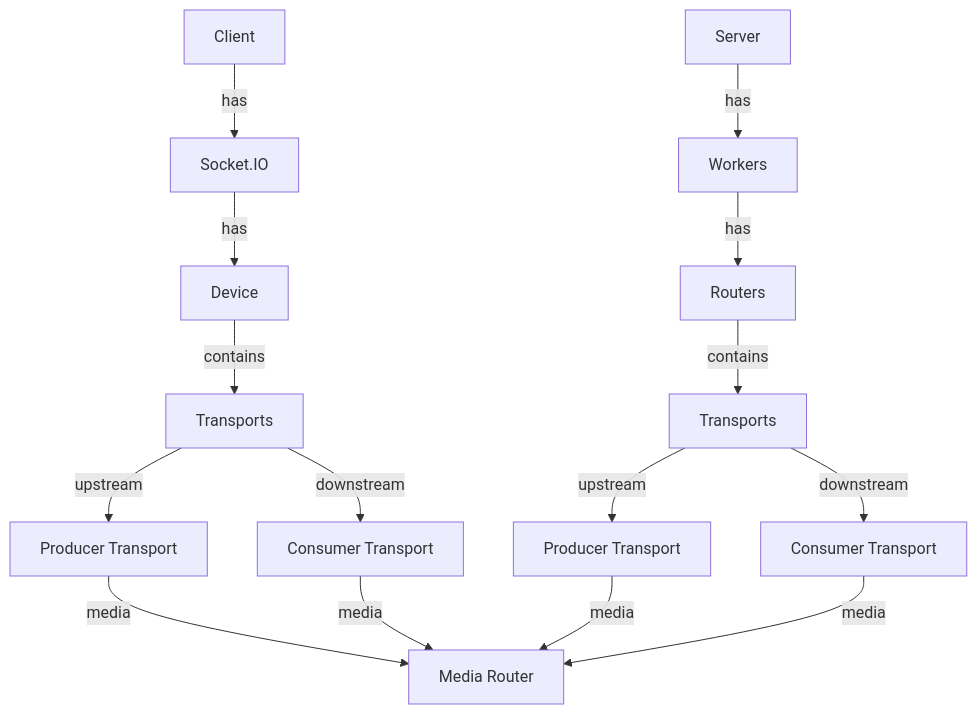
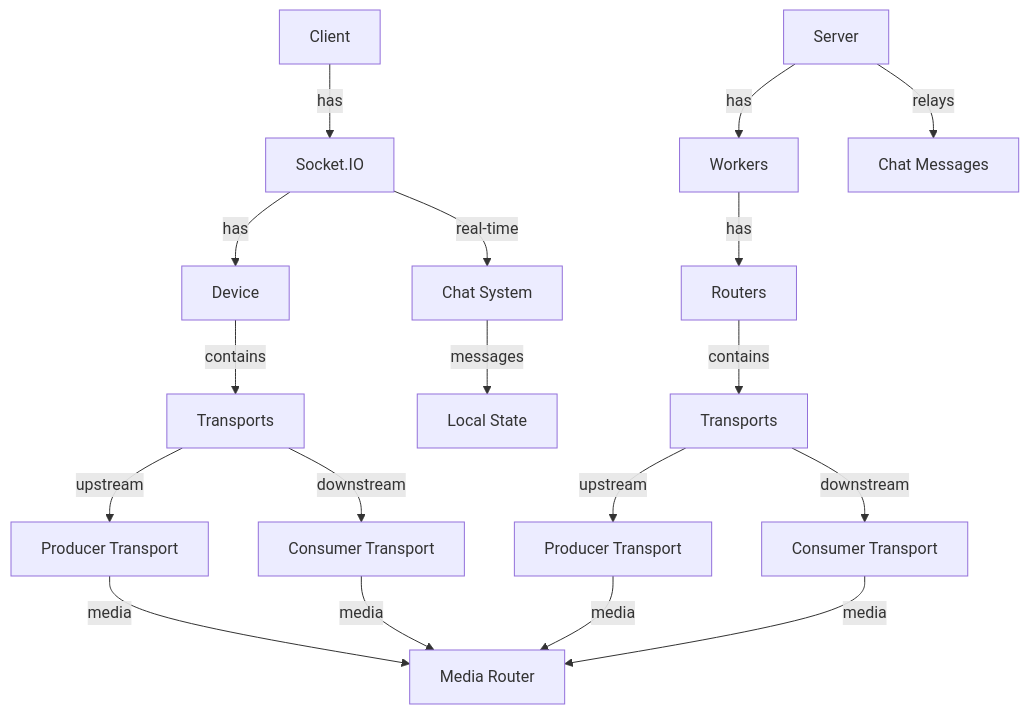
One commit to HarshSharma0801/Muxo changed the diagram in README.md. Above: the diagram before and after it, drawn with Mermaid. The commit also changed other lines of this file and 8 other files, not shown here.

````diff
--- a/README.md
+++ b/README.md
@@ -14,22 +34,29 @@
 ```mermaid
 graph TD
     %% Client Side
     A[Client] -->|has| B[Socket.IO]
     B -->|has| C[Device]
     C -->|contains| D[Transports]
     D -->|upstream| E[Producer Transport]
     D -->|downstream| F[Consumer Transport]
 
+    %% New Chat Component
+    B -->|real-time| G[Chat System]
+    G -->|messages| H[Local State]
+
     %% Server Side
-    G[Server] -->|has| H[Workers]
-    H -->|has| I[Routers]
-    I -->|contains| J[Transports]
-    J -->|upstream| K[Producer Transport]
-    J -->|downstream| L[Consumer Transport]
+    I[Server] -->|has| J[Workers]
+    J -->|has| K[Routers]
+    K -->|contains| L[Transports]
+    L -->|upstream| M[Producer Transport]
+    L -->|downstream| N[Consumer Transport]
+
+    %% Chat Relay
+    I -->|relays| O[Chat Messages]
 
     %% Media Flow
-    E -->|media| M[Media Router]
-    F -->|media| M
-    K -->|media| M
-    L -->|media| M
+    E -->|media| P[Media Router]
+    F -->|media| P
+    M -->|media| P
+    N -->|media| P
 ```
````
